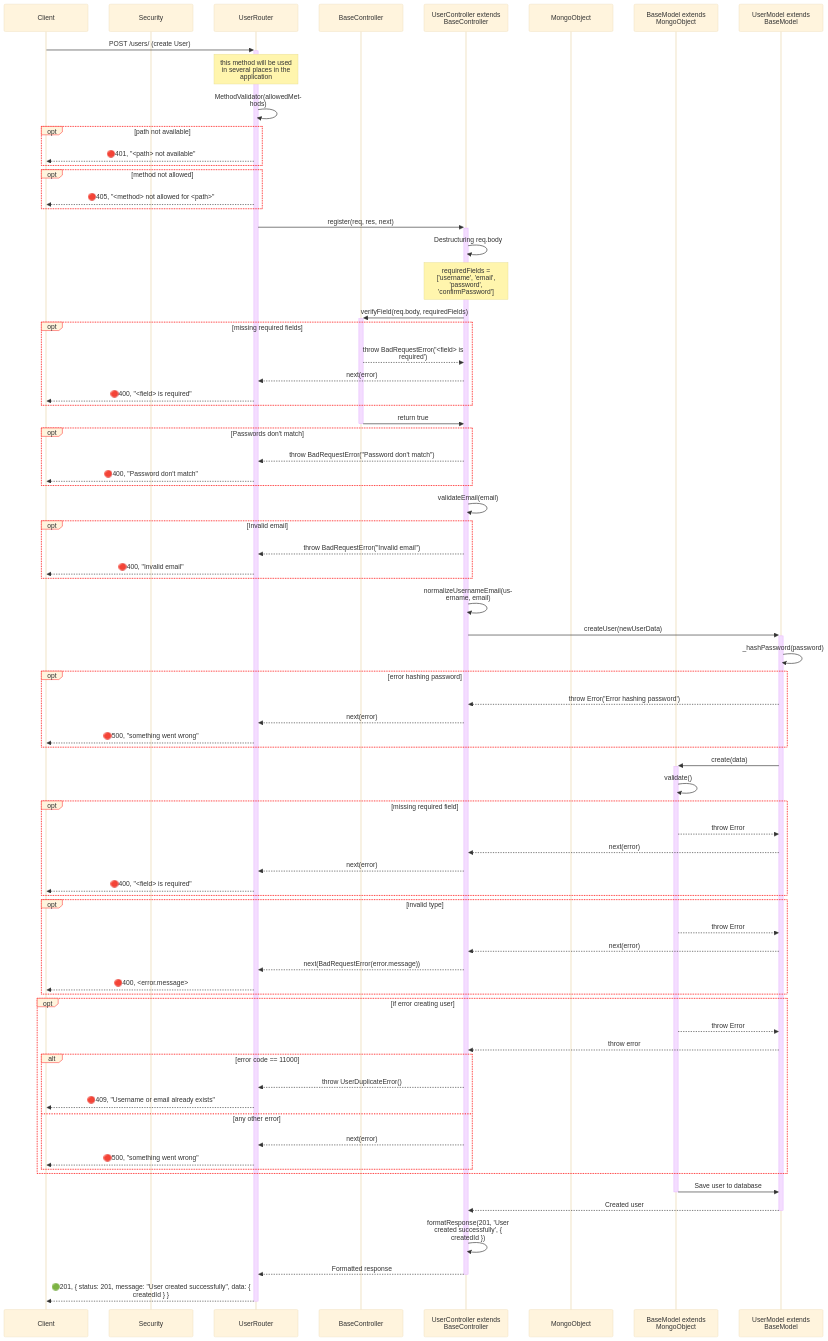
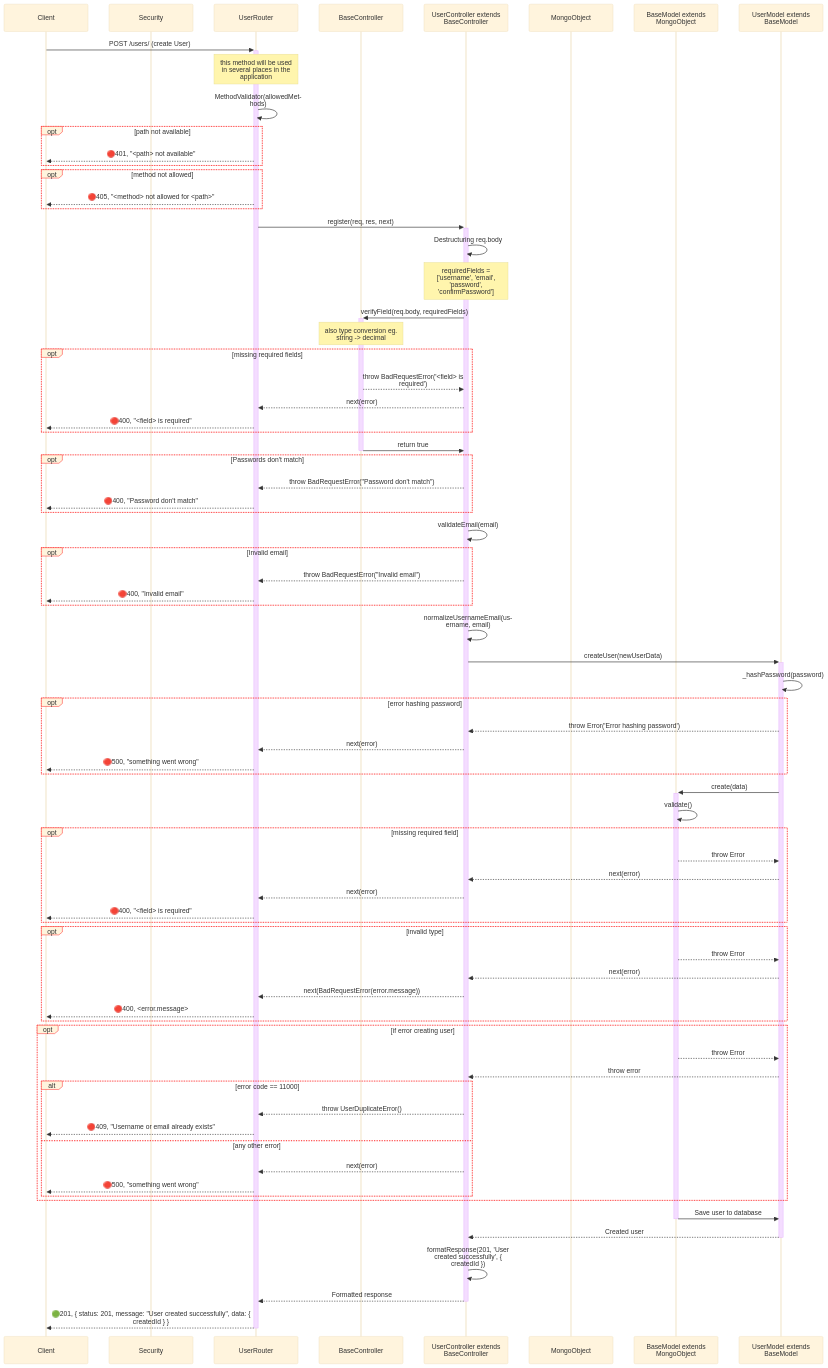
One commit to SawatKia/WealthTracking changed the diagram in design/newClassesDesign/UserManagement/create.mmd. Above: the diagram before and after it, drawn with Mermaid. The commit also changed 21 other files, not shown here.

```diff
--- a/design/newClassesDesign/UserManagement/create.mmd
+++ b/design/newClassesDesign/UserManagement/create.mmd
@@ -1,89 +1,90 @@
 %%{
     init: {
         "theme":"base",
         "themeVariables": {
             'labelBoxBorderColor': '#ff0000'
         },
         "sequence": { 
             "wrap": true, 
             "width": 200 
         } 
     }
 }%%
 sequenceDiagram
     participant Client
     participant Sec as Security
     participant Router as UserRouter
     participant BaseCont as BaseController
     participant Cont as UserController extends BaseController
     participant MongoObject as MongoObject
     participant BaseModel as BaseModel extends MongoObject
     participant Model as UserModel extends BaseModel
 
     %% Create User
     Client->>+Router: POST /users/ (create User)
     Note over Router: this method will be used in several places in the application
     Router->>Router: MethodValidator(allowedMethods)
     opt path not available
         Router-->>Client: 🔴401, "<path> not available"
     end
     opt method not allowed
         Router-->>Client: 🔴405, "<method> not allowed for <path>"
     end
     Router->>+Cont: register(req, res, next)
     Cont->>Cont: Destructuring req.body
     Note over Cont: requiredFields = ['username', 'email', 'password', 'confirmPassword']
     Cont->>+BaseCont: verifyField(req.body, requiredFields)
+    Note over BaseCont: also type conversion eg. string -> decimal
     opt missing required fields
         BaseCont-->>Cont: throw BadRequestError('<field> is required')
         Cont-->>Router: next(error)
         Router-->>Client: 🔴400, "<field> is required"
     end
     BaseCont->>-Cont: return true
     opt Passwords don't match
         Cont-->>Router: throw BadRequestError("Password don't match")
         Router-->>Client: 🔴400, "Password don't match"
     end
     Cont->>Cont: validateEmail(email)
     opt Invalid email
         Cont-->>Router: throw BadRequestError("Invalid email")
         Router-->>Client: 🔴400, "Invalid email"
     end
     Cont->>Cont: normalizeUsernameEmail(username, email)
     Cont->>+Model: createUser(newUserData)
     Model->>Model: _hashPassword(password)
     opt error hashing password
         Model-->>Cont: throw Error('Error hashing password')
         Cont-->>Router: next(error)
         Router-->>Client: 🔴500, "something went wrong"
     end
     Model->>+BaseModel: create(data)
     BaseModel->>BaseModel: validate()
     opt missing required field
         BaseModel-->>Model: throw Error
         Model-->>Cont: next(error)
         Cont-->>Router: next(error)
         Router-->>Client: 🔴400, "<field> is required"
     end
     opt invalid type
         BaseModel-->>Model: throw Error
         Model-->>Cont: next(error)
         Cont-->>Router: next(BadRequestError(error.message))
         Router-->>Client: 🔴400, <error.message>
     end
     opt if error creating user
         BaseModel-->>Model: throw Error
         Model-->>Cont: throw error
         alt error code == 11000
             Cont-->>Router: throw UserDuplicateError()
             Router-->>Client: 🔴409, "Username or email already exists"
         else any other error
             Cont-->>Router: next(error)
             Router-->>Client: 🔴500, "something went wrong"
         end
     end
     BaseModel->>-Model: Save user to database
     Model-->>-Cont: Created user
     Cont->>Cont: formatResponse(201, 'User created successfully', { createdId })
     Cont-->>-Router: Formatted response
     Router-->>-Client: 🟢201, { status: 201, message: "User created successfully", data: { createdId } }
```
